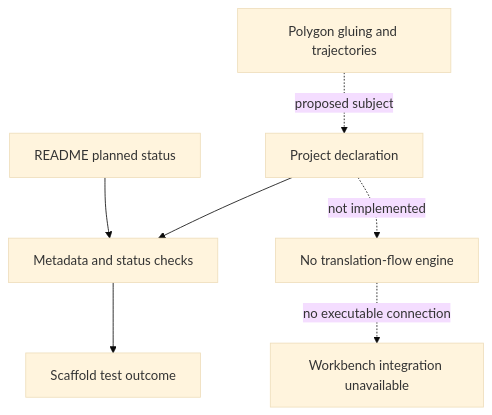
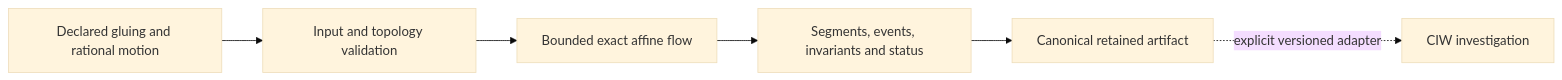
Before and after one commit to giasonpooni/Engineering-Design-Workbench: the diagram in README.md, drawn with Mermaid (base theme). The commit also changed other lines of this file and 17 other files, not shown here.

Commit message:
Implement exact rational square-tiled flows and explicit trajectory stops

````diff
--- a/README.md
+++ b/README.md
@@ -16,9 +86,8 @@
 ```mermaid
-flowchart TD
-M["Project declaration"] --> C["Metadata and status checks"]
-  R["README planned status"] --> C
-  C --> O["Scaffold test outcome"]
-  I["Polygon gluing and trajectories"] -. "proposed subject" .-> M
-  M -. "not implemented" .-> N["No translation-flow engine"]
-  N -. "no executable connection" .-> W["Workbench integration unavailable"]
+flowchart LR
+  I["Declared gluing and rational motion"] --> V["Input and topology validation"]
+  V --> F["Bounded exact affine flow"]
+  F --> R["Segments, events, invariants and status"]
+  R --> D["Canonical retained artifact"]
+  D -. "explicit versioned adapter" .-> W["CIW investigation"]
 ```
````
